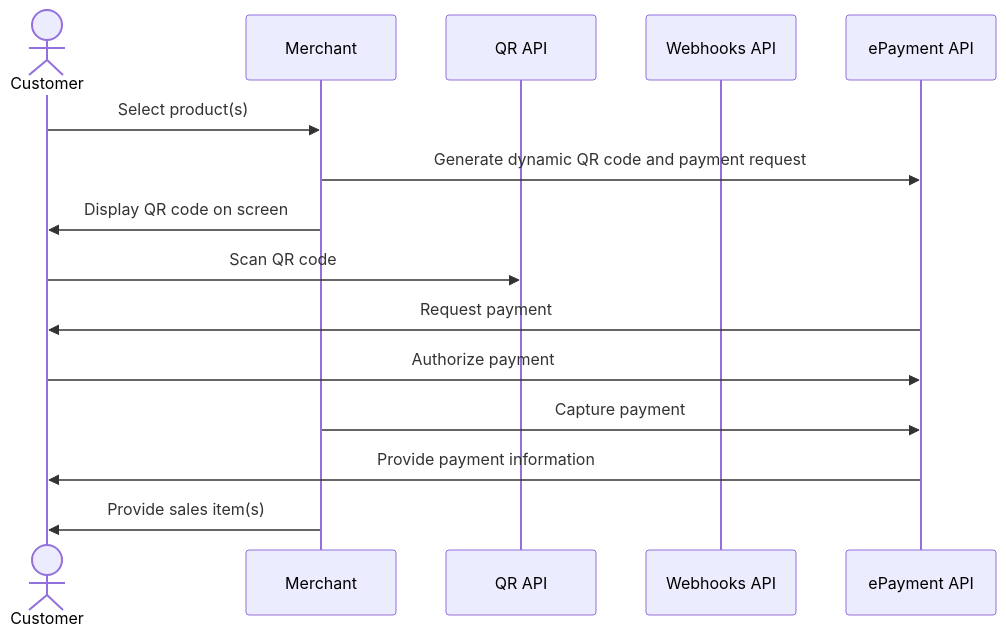
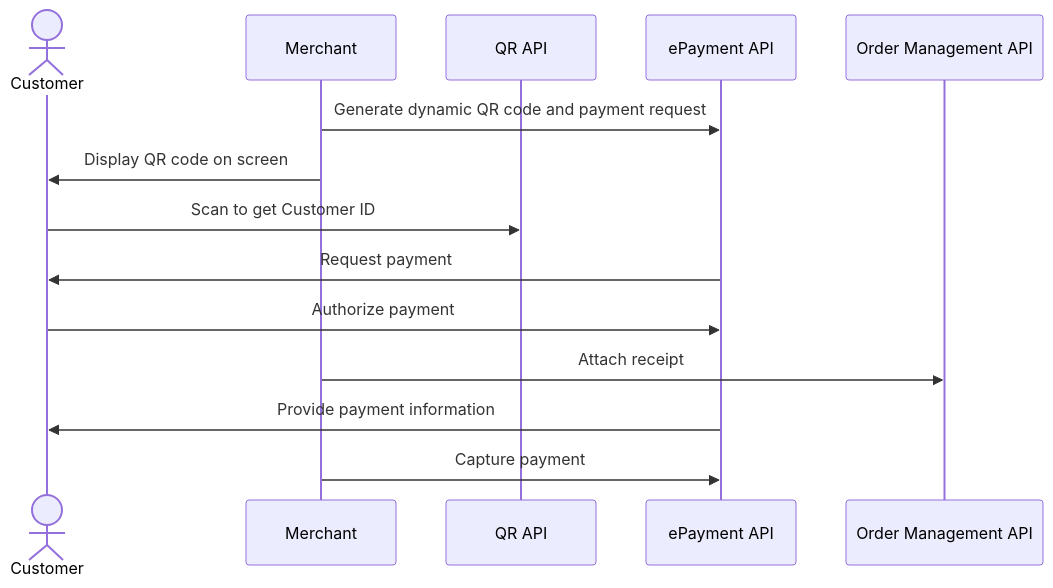
The diagram in vending-machines/one-time-payment.md (vippsas/vipps-solutions), drawn with Mermaid before and after one commit. The commit also changed 10 other files, not shown here.

Commit message:
Align and simplify all sequence diagrams

````diff
--- a/vending-machines/one-time-payment.md
+++ b/vending-machines/one-time-payment.md
@@ -49,18 +49,17 @@
 ``` mermaid
 sequenceDiagram
     actor C as Customer
     participant M as Merchant
     participant QR as QR API
-    participant Webhooks as Webhooks API
     participant ePayment as ePayment API
+    participant ordermanagement as Order Management API
 
-    C->>M: Select product(s)
     M->>ePayment: Generate dynamic QR code and payment request
     M->>C: Display QR code on screen
-    C->>QR: Scan QR code
+    C->>QR: Scan to get Customer ID
     ePayment->>C: Request payment
     C->>ePayment: Authorize payment
+    M->> ordermanagement: Attach receipt
+    ePayment->>C: Provide payment information
     M->>ePayment: Capture payment
-    ePayment->>C: Provide payment information
-    M->>C: Provide sales item(s)
 ```
````
